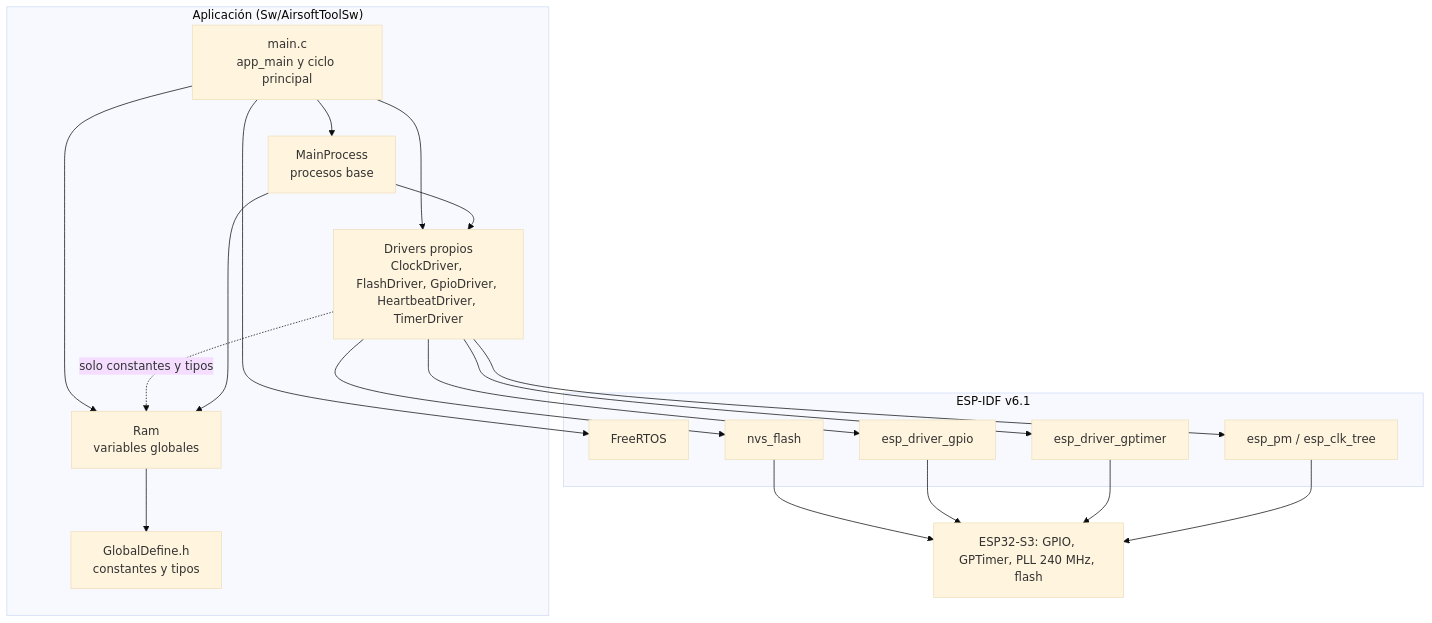
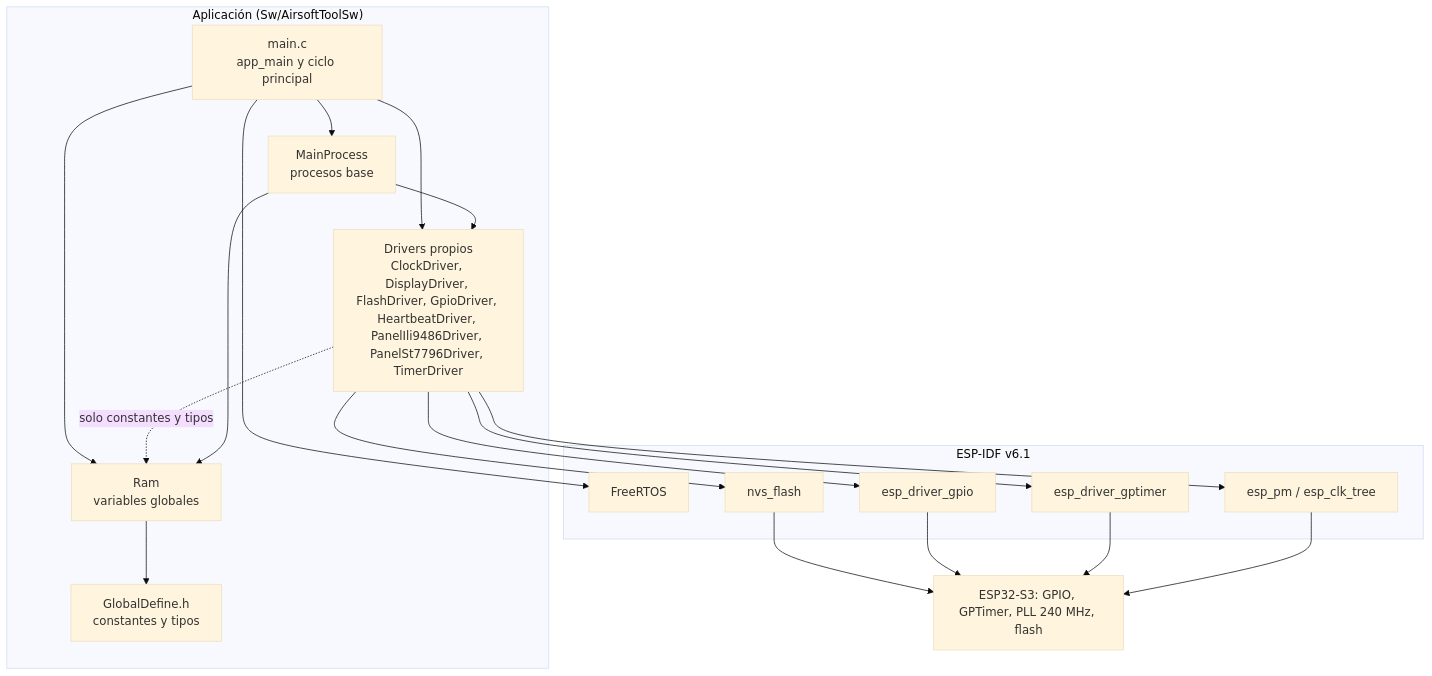
Before and after one commit to rodgutzal/Airsoft-MultipurposeGameModeTool: the first of 6 diagrams in Sw/README.md, drawn with Mermaid (base theme). The commit also changed other lines of this file and 14 other files, not shown here.

Commit message:
DisplayDriver y paneles ILI9486 / ST7796U sobre bus i80 de 16 bits

````diff
--- a/Sw/README.md
+++ b/Sw/README.md
@@ -13,34 +13,34 @@
 ```mermaid
 flowchart TB
   subgraph APP["Aplicación (Sw/AirsoftToolSw)"]
     MAIN["main.c<br/>app_main y ciclo principal"]
     MP["MainProcess<br/>procesos base"]
     RAM["Ram<br/>variables globales"]
-    DRV["Drivers propios<br/>ClockDriver, FlashDriver, GpioDriver, HeartbeatDriver, TimerDriver"]
+    DRV["Drivers propios<br/>ClockDriver, DisplayDriver, FlashDriver, GpioDriver, HeartbeatDriver, PanelIli9486Driver, PanelSt7796Driver, TimerDriver"]
     GD["GlobalDefine.h<br/>constantes y tipos"]
   end
   subgraph IDF["ESP-IDF v6.1"]
     FR["FreeRTOS"]
     GPIO["esp_driver_gpio"]
     GPT["esp_driver_gptimer"]
     PM["esp_pm / esp_clk_tree"]
     NVS["nvs_flash"]
   end
   HW["ESP32-S3: GPIO, GPTimer, PLL 240 MHz, flash"]
   MAIN --> MP
   MAIN --> RAM
   MAIN --> DRV
   MP --> DRV
   DRV -. "solo constantes y tipos" .-> RAM
   MP --> RAM
   RAM --> GD
   DRV --> PM
   DRV --> GPIO
   DRV --> GPT
   DRV --> NVS
   NVS --> HW
   MAIN --> FR
   GPIO --> HW
   GPT --> HW
   PM --> HW
 ```
````
